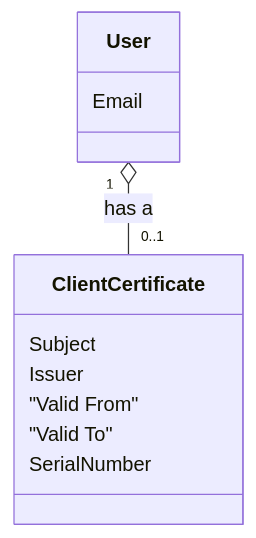
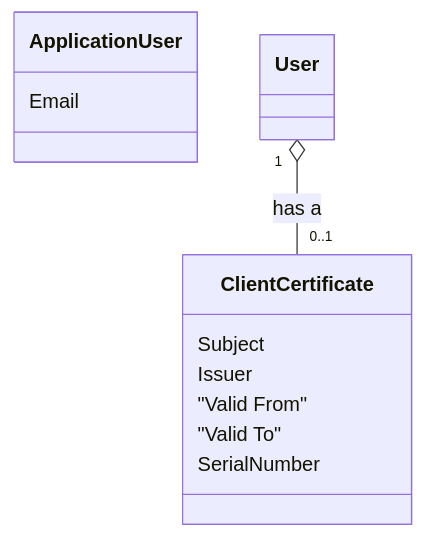
The first of 6 diagrams in docs/UseCases/UC001/README.md (TirsvadWeb/DotNet.Portfolio), drawn with Mermaid before and after one commit. The commit also changed 1 other file, not shown here.

Commit message:
Add UC-001-DM

````diff
--- a/docs/UseCases/UC001/README.md
+++ b/docs/UseCases/UC001/README.md
@@ -57,17 +57,17 @@
 ```mermaid
 classDiagram
-    class User {
+    class ApplicationUser {
         Email
     }
 
     class ClientCertificate {
         Subject
         Issuer
         "Valid From"
         "Valid To"
         SerialNumber
     }
 
     %% Relations
     User "1" o-- "0..1" ClientCertificate : has a
 ```
````
